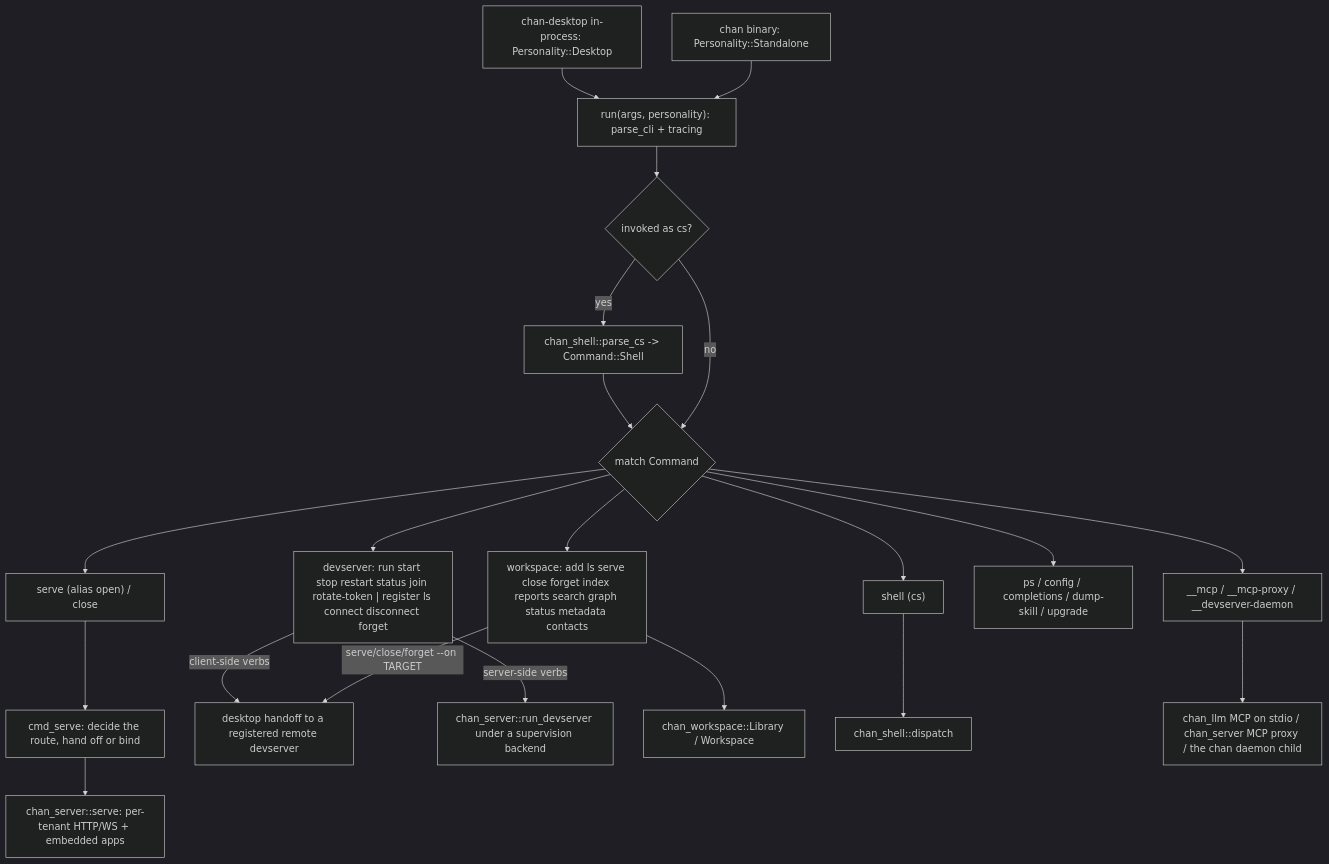
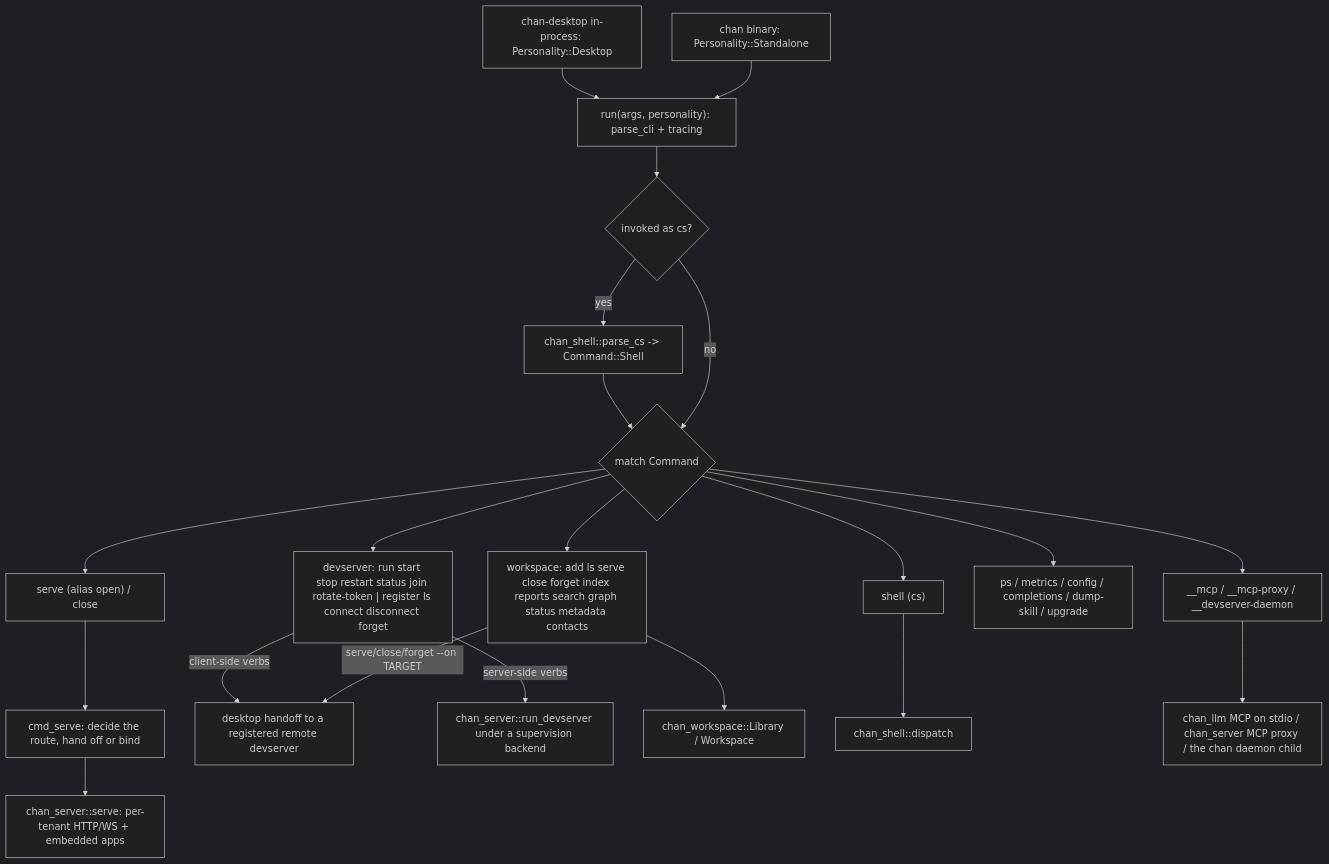
The first of 3 diagrams in crates/chan/design.md (fiorix/chan), drawn with Mermaid (dark theme) before and after one commit. The commit also changed other lines of this file and 7 other files, not shown here.

````diff
--- a/crates/chan/design.md
+++ b/crates/chan/design.md
@@ -28,23 +28,23 @@
 ```mermaid
 flowchart TB
   Standalone["chan binary: Personality::Standalone"] --> Run
   Desktop["chan-desktop in-process: Personality::Desktop"] --> Run
   Run["run(args, personality): parse_cli + tracing"] --> Alias{"invoked as cs?"}
   Alias -->|"yes"| Cs["chan_shell::parse_cs -> Command::Shell"]
   Alias -->|"no"| Dispatch{"match Command"}
   Cs --> Dispatch
   Dispatch --> ServeCmd["serve (alias open) / close"]
   Dispatch --> Ws["workspace: add ls serve close forget index reports search graph status metadata contacts"]
   Dispatch --> Dev["devserver: run start stop restart status join rotate-token | register ls connect disconnect forget"]
   Dispatch --> Sh["shell (cs)"]
-  Dispatch --> Other["ps / config / completions / dump-skill / upgrade"]
+  Dispatch --> Other["ps / metrics / config / completions / dump-skill / upgrade"]
   Dispatch --> Hidden["__mcp / __mcp-proxy / __devserver-daemon"]
   ServeCmd --> Serve["cmd_serve: decide the route, hand off or bind"]
   Ws -->|"serve/close/forget --on TARGET"| Remote["desktop handoff to a registered remote devserver"]
   Serve --> CS["chan_server::serve: per-tenant HTTP/WS + embedded apps"]
   Dev -->|"server-side verbs"| RunDev["chan_server::run_devserver under a supervision backend"]
   Dev -->|"client-side verbs"| Remote
   Ws --> Lib["chan_workspace::Library / Workspace"]
   Sh --> ShDisp["chan_shell::dispatch"]
   Hidden --> Llm["chan_llm MCP on stdio / chan_server MCP proxy / the chan daemon child"]
 ```
````
